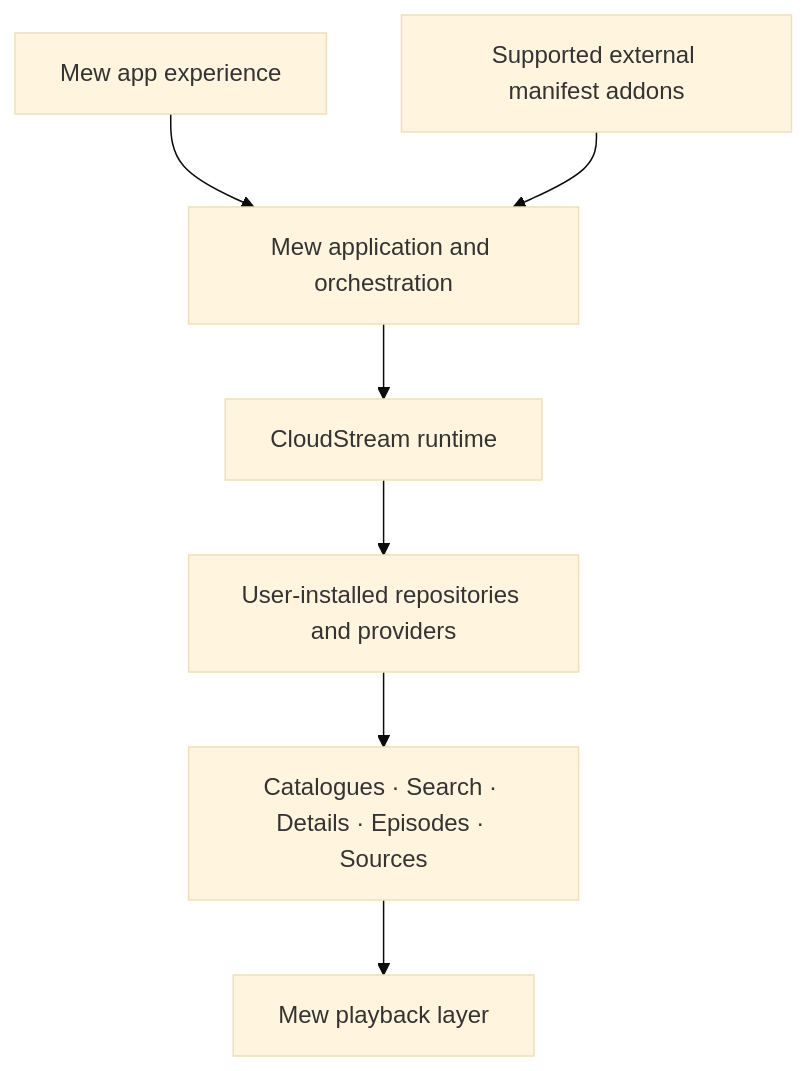
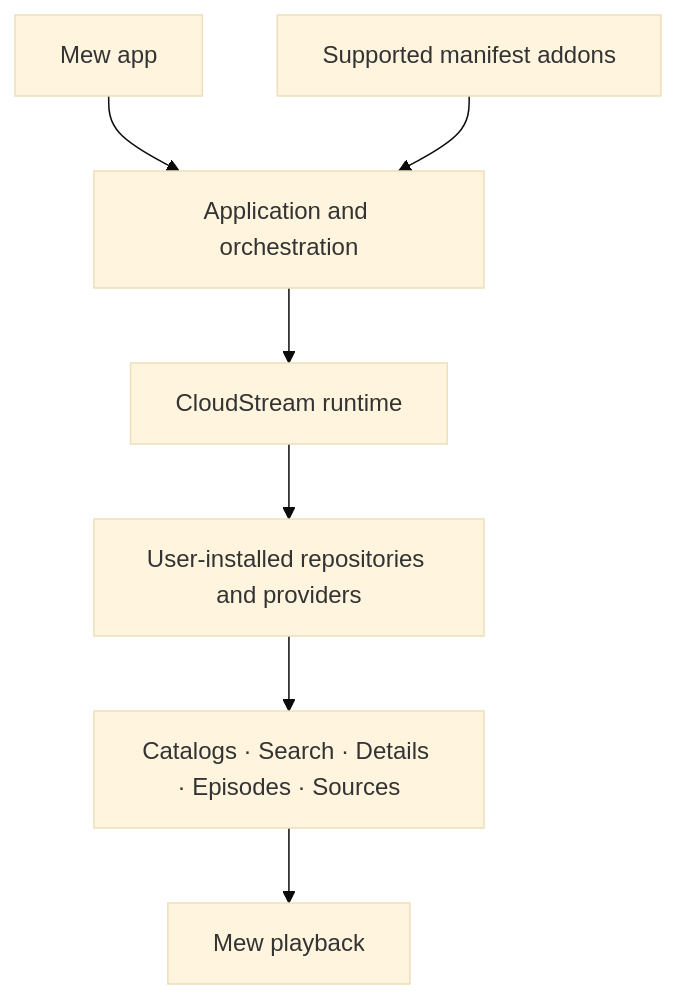
Before and after one commit to somilkhan/MewMobile: the diagram in README.md, drawn with Mermaid (base theme). The commit also changed other lines of this file and 1 other file, not shown here.

````diff
--- a/README.md
+++ b/README.md
@@ -119,9 +93,9 @@
 ```mermaid
 flowchart TD
-    A["Mew app experience"] --> B["Mew application and orchestration"]
+    A["Mew app"] --> B["Application and orchestration"]
     B --> C["CloudStream runtime"]
     C --> D["User-installed repositories and providers"]
-    D --> E["Catalogues · Search · Details · Episodes · Sources"]
-    E --> F["Mew playback layer"]
-    G["Supported external manifest addons"] --> B
+    D --> E["Catalogs · Search · Details · Episodes · Sources"]
+    E --> F["Mew playback"]
+    G["Supported manifest addons"] --> B
 ```
````
